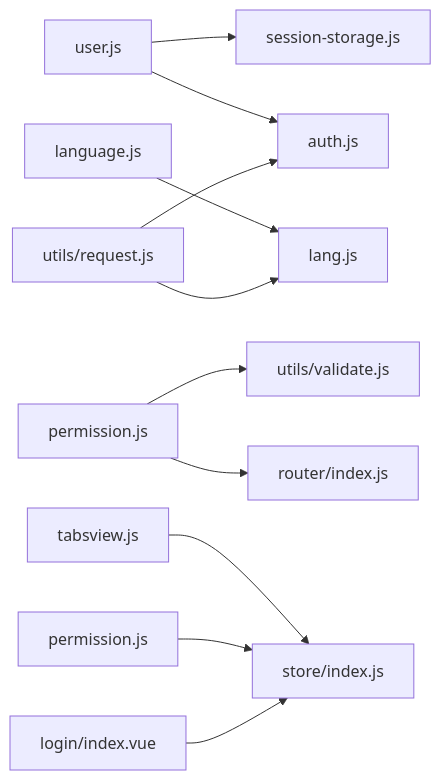
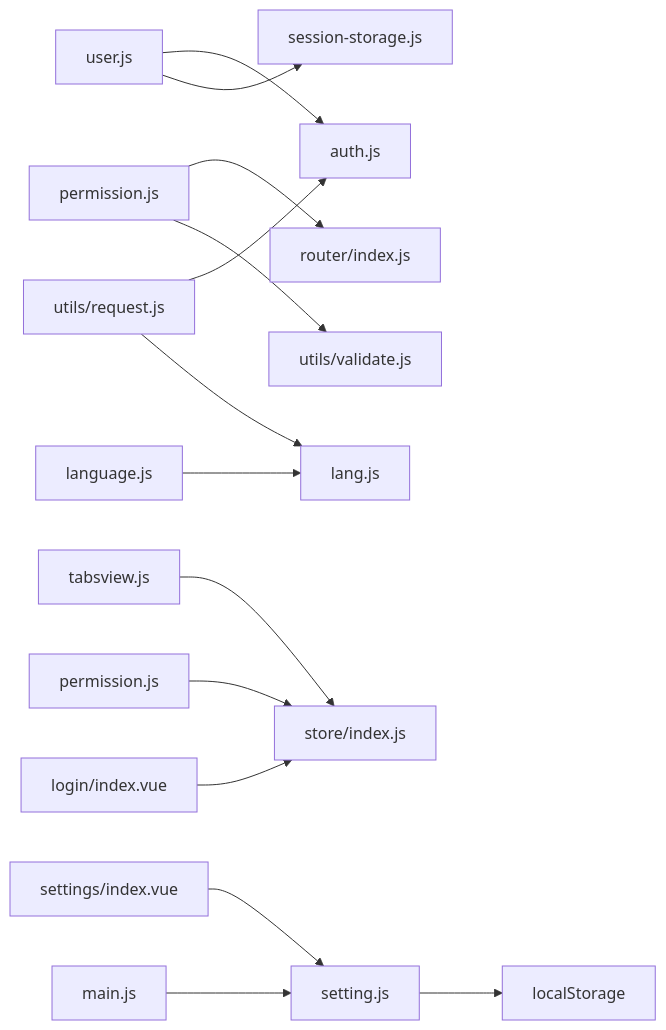
Before and after one commit to Neveryu/vue-cms: the sixth of 6 diagrams in .qoder/repowiki/zh/content/架构设计/状态管理架构.md, drawn with Mermaid. The commit also changed other lines of this file and 8 other files, not shown here.

````diff
--- a/.qoder/repowiki/zh/content/架构设计/状态管理架构.md
+++ b/.qoder/repowiki/zh/content/架构设计/状态管理架构.md
@@ -264,13 +329,16 @@
 ```mermaid
 graph LR
 U["user.js"] --> A["auth.js"]
 U --> SS["session-storage.js"]
 P["permission.js"] --> R["router/index.js"]
 P --> V["utils/validate.js"]
 L["language.js"] --> LG["lang.js"]
 TV["tabsview.js"] --> S["store/index.js"]
+ST["setting.js"] --> LS["localStorage"]
+SP["settings/index.vue"] --> ST
 PG["permission.js"] --> S
 J["login/index.vue"] --> S
 N["utils/request.js"] --> A
 N --> LG
+M["main.js"] --> ST
 ```
````
